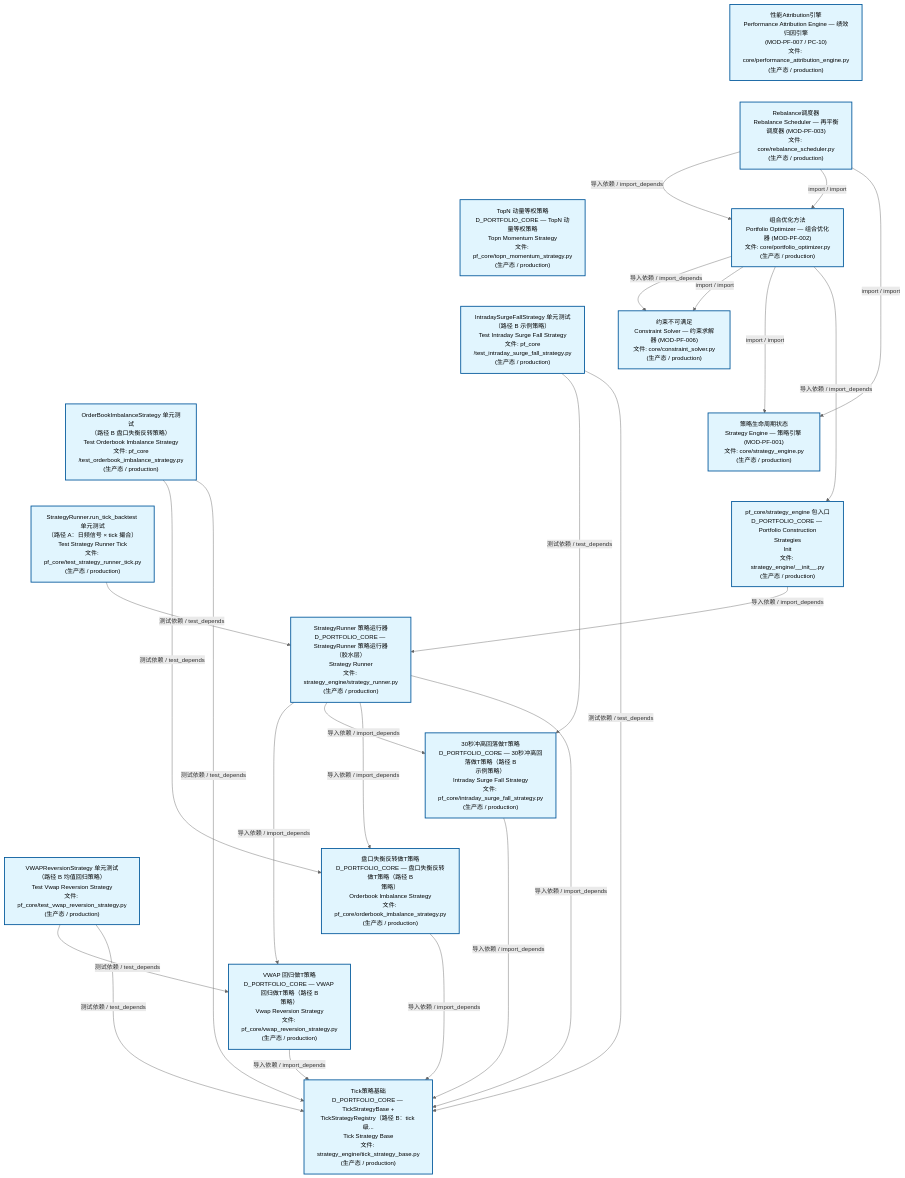
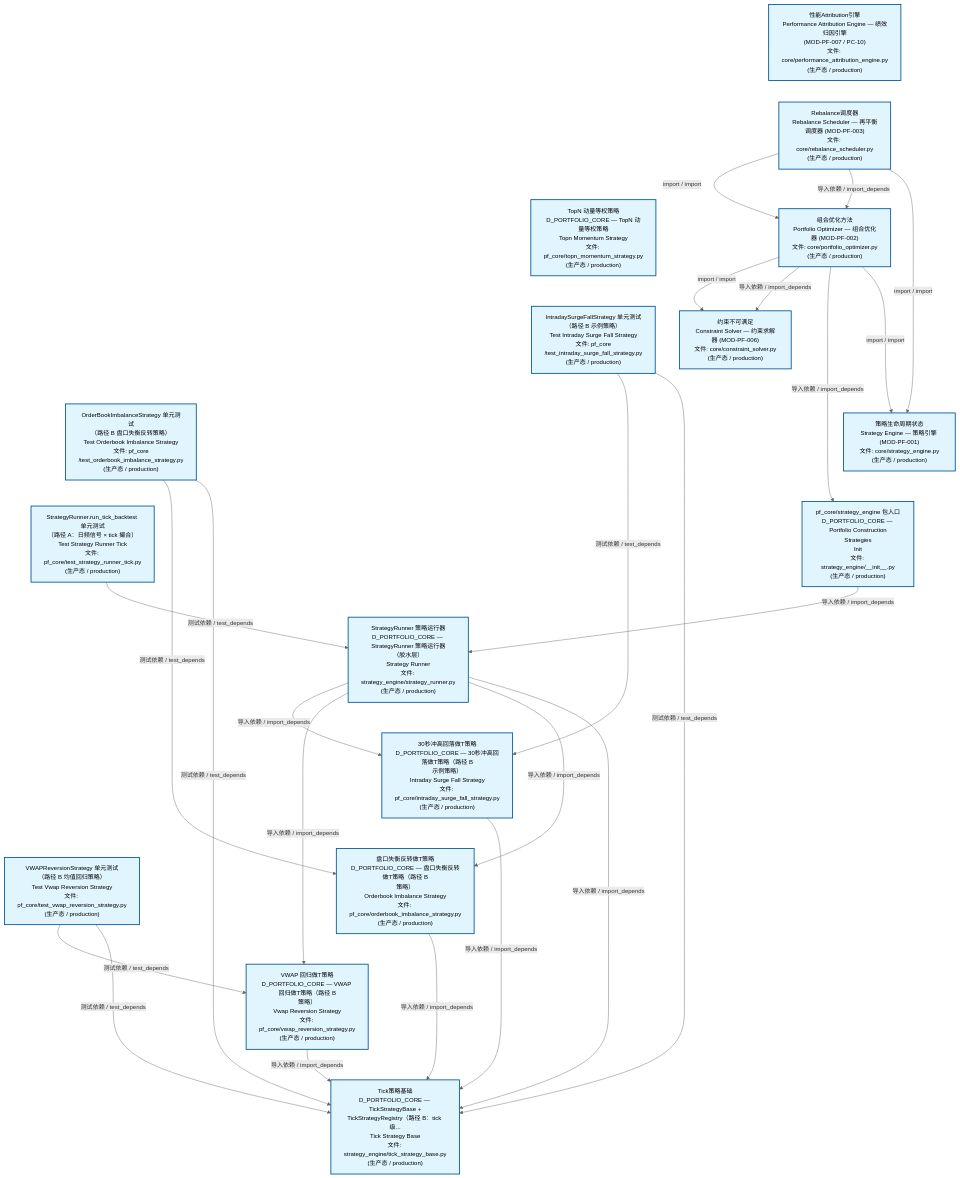
One commit to xuanFelixVan/ZephyrAlpha changed the second of 3 diagrams in docs/02_enterprise_architecture/02_domain_architecture_docs/63_d_pf_core.md. Above: the diagram before and after it, drawn with Mermaid. The commit also changed other lines of this file and 44 other files, not shown here.

````diff
--- a/docs/02_enterprise_architecture/02_domain_architecture_docs/63_d_pf_core.md
+++ b/docs/02_enterprise_architecture/02_domain_architecture_docs/63_d_pf_core.md
@@ -140,57 +140,57 @@
 ```mermaid
 %%{init: {'theme': 'base', 'themeVariables': {'primaryColor': '#eaeaea', 'primaryTextColor': '#333333', 'primaryBorderColor': '#666666', 'lineColor': '#666666', 'secondaryColor': '#eaeaea', 'tertiaryColor': '#eaeaea', 'fontSize': '14px'}}}%%
 flowchart TD
     src_zephyr_pf_core_core_performance_attribution_engine_py["性能Attribution引擎<br/>Performance Attribution Engine — 绩效归因引擎<br/>(MOD-PF-007 / PC-10)<br/>文件: core/performance_attribution_engine.py<br/>(生产态 / production)"]
     src_zephyr_pf_core_core_rebalance_scheduler_py["Rebalance调度器<br/>Rebalance Scheduler — 再平衡调度器 (MOD-PF-003)<br/>文件: core/rebalance_scheduler.py<br/>(生产态 / production)"]
     src_zephyr_pf_core_topn_momentum_strategy_py["TopN 动量等权策略<br/>D_PORTFOLIO_CORE — TopN 动量等权策略<br/>Topn Momentum Strategy<br/>文件: pf_core/topn_momentum_strategy.py<br/>(生产态 / production)"]
     tests_pf_core_test_intraday_surge_fall_strategy_py["IntradaySurgeFallStrategy 单元测试<br/>（路径 B 示例策略）<br/>Test Intraday Surge Fall Strategy<br/>文件: pf_core<br/>/test_intraday_surge_fall_strategy.py<br/>(生产态 / production)"]
     tests_pf_core_test_orderbook_imbalance_strategy_py["OrderBookImbalanceStrategy 单元测试<br/>（路径 B 盘口失衡反转策略）<br/>Test Orderbook Imbalance Strategy<br/>文件: pf_core<br/>/test_orderbook_imbalance_strategy.py<br/>(生产态 / production)"]
     tests_pf_core_test_strategy_runner_tick_py["StrategyRunner.run_tick_backtest 单元测试<br/>（路径 A：日频信号 × tick 撮合）<br/>Test Strategy Runner Tick<br/>文件: pf_core/test_strategy_runner_tick.py<br/>(生产态 / production)"]
     tests_pf_core_test_vwap_reversion_strategy_py["VWAPReversionStrategy 单元测试<br/>（路径 B 均值回归策略）<br/>Test Vwap Reversion Strategy<br/>文件: pf_core/test_vwap_reversion_strategy.py<br/>(生产态 / production)"]
     src_zephyr_pf_core_core_performance_attribution_engine_py ~~~ src_zephyr_pf_core_core_rebalance_scheduler_py
     src_zephyr_pf_core_core_rebalance_scheduler_py ~~~ src_zephyr_pf_core_topn_momentum_strategy_py
     src_zephyr_pf_core_topn_momentum_strategy_py ~~~ tests_pf_core_test_intraday_surge_fall_strategy_py
     tests_pf_core_test_intraday_surge_fall_strategy_py ~~~ tests_pf_core_test_orderbook_imbalance_strategy_py
     tests_pf_core_test_orderbook_imbalance_strategy_py ~~~ tests_pf_core_test_strategy_runner_tick_py
     tests_pf_core_test_strategy_runner_tick_py ~~~ tests_pf_core_test_vwap_reversion_strategy_py
     src_zephyr_pf_core_core_portfolio_optimizer_py["组合优化方法<br/>Portfolio Optimizer — 组合优化器 (MOD-PF-002)<br/>文件: core/portfolio_optimizer.py<br/>(生产态 / production)"]
     src_zephyr_pf_core_core_constraint_solver_py["约束不可满足<br/>Constraint Solver — 约束求解器 (MOD-PF-006)<br/>文件: core/constraint_solver.py<br/>(生产态 / production)"]
     src_zephyr_pf_core_core_strategy_engine_py["策略生命周期状态<br/>Strategy Engine — 策略引擎 (MOD-PF-001)<br/>文件: core/strategy_engine.py<br/>(生产态 / production)"]
     src_zephyr_pf_core_strategy_engine_init_py["pf_core/strategy_engine 包入口<br/>D_PORTFOLIO_CORE — Portfolio Construction<br/>Strategies<br/>Init<br/>文件: strategy_engine/__init__.py<br/>(生产态 / production)"]
     src_zephyr_pf_core_core_constraint_solver_py ~~~ src_zephyr_pf_core_core_strategy_engine_py
     src_zephyr_pf_core_core_strategy_engine_py ~~~ src_zephyr_pf_core_strategy_engine_init_py
     src_zephyr_pf_core_strategy_engine_strategy_runner_py["StrategyRunner 策略运行器<br/>D_PORTFOLIO_CORE — StrategyRunner 策略运行器<br/>（胶水层）<br/>Strategy Runner<br/>文件: strategy_engine/strategy_runner.py<br/>(生产态 / production)"]
     src_zephyr_pf_core_intraday_surge_fall_strategy_py["30秒冲高回落做T策略<br/>D_PORTFOLIO_CORE — 30秒冲高回落做T策略（路径 B<br/>示例策略）<br/>Intraday Surge Fall Strategy<br/>文件: pf_core/intraday_surge_fall_strategy.py<br/>(生产态 / production)"]
     src_zephyr_pf_core_orderbook_imbalance_strategy_py["盘口失衡反转做T策略<br/>D_PORTFOLIO_CORE — 盘口失衡反转做T策略（路径 B<br/>策略）<br/>Orderbook Imbalance Strategy<br/>文件: pf_core/orderbook_imbalance_strategy.py<br/>(生产态 / production)"]
     src_zephyr_pf_core_vwap_reversion_strategy_py["VWAP 回归做T策略<br/>D_PORTFOLIO_CORE — VWAP 回归做T策略（路径 B<br/>策略）<br/>Vwap Reversion Strategy<br/>文件: pf_core/vwap_reversion_strategy.py<br/>(生产态 / production)"]
     src_zephyr_pf_core_intraday_surge_fall_strategy_py ~~~ src_zephyr_pf_core_orderbook_imbalance_strategy_py
     src_zephyr_pf_core_orderbook_imbalance_strategy_py ~~~ src_zephyr_pf_core_vwap_reversion_strategy_py
     src_zephyr_pf_core_strategy_engine_tick_strategy_base_py["Tick策略基础<br/>D_PORTFOLIO_CORE — TickStrategyBase +<br/>TickStrategyRegistry（路径 B：tick 级...<br/>Tick Strategy Base<br/>文件: strategy_engine/tick_strategy_base.py<br/>(生产态 / production)"]
+    src_zephyr_pf_core_intraday_surge_fall_strategy_py -->|导入依赖 / import_depends| src_zephyr_pf_core_strategy_engine_tick_strategy_base_py
     src_zephyr_pf_core_vwap_reversion_strategy_py -->|导入依赖 / import_depends| src_zephyr_pf_core_strategy_engine_tick_strategy_base_py
-    src_zephyr_pf_core_intraday_surge_fall_strategy_py -->|导入依赖 / import_depends| src_zephyr_pf_core_strategy_engine_tick_strategy_base_py
     src_zephyr_pf_core_orderbook_imbalance_strategy_py -->|导入依赖 / import_depends| src_zephyr_pf_core_strategy_engine_tick_strategy_base_py
+    src_zephyr_pf_core_core_portfolio_optimizer_py -->|import / import| src_zephyr_pf_core_core_constraint_solver_py
+    src_zephyr_pf_core_core_portfolio_optimizer_py -->|导入依赖 / import_depends| src_zephyr_pf_core_core_constraint_solver_py
+    src_zephyr_pf_core_core_portfolio_optimizer_py -->|导入依赖 / import_depends| src_zephyr_pf_core_strategy_engine_init_py
+    src_zephyr_pf_core_core_portfolio_optimizer_py -->|import / import| src_zephyr_pf_core_core_strategy_engine_py
+    src_zephyr_pf_core_core_rebalance_scheduler_py -->|import / import| src_zephyr_pf_core_core_portfolio_optimizer_py
     src_zephyr_pf_core_core_rebalance_scheduler_py -->|导入依赖 / import_depends| src_zephyr_pf_core_core_portfolio_optimizer_py
-    src_zephyr_pf_core_core_rebalance_scheduler_py -->|import / import| src_zephyr_pf_core_core_portfolio_optimizer_py
     src_zephyr_pf_core_core_rebalance_scheduler_py -->|import / import| src_zephyr_pf_core_core_strategy_engine_py
-    src_zephyr_pf_core_core_portfolio_optimizer_py -->|导入依赖 / import_depends| src_zephyr_pf_core_core_constraint_solver_py
-    src_zephyr_pf_core_core_portfolio_optimizer_py -->|import / import| src_zephyr_pf_core_core_constraint_solver_py
-    src_zephyr_pf_core_core_portfolio_optimizer_py -->|import / import| src_zephyr_pf_core_core_strategy_engine_py
-    src_zephyr_pf_core_core_portfolio_optimizer_py -->|导入依赖 / import_depends| src_zephyr_pf_core_strategy_engine_init_py
+    src_zephyr_pf_core_strategy_engine_init_py -->|导入依赖 / import_depends| src_zephyr_pf_core_strategy_engine_strategy_runner_py
+    src_zephyr_pf_core_strategy_engine_strategy_runner_py -->|导入依赖 / import_depends| src_zephyr_pf_core_intraday_surge_fall_strategy_py
     src_zephyr_pf_core_strategy_engine_strategy_runner_py -->|导入依赖 / import_depends| src_zephyr_pf_core_vwap_reversion_strategy_py
-    src_zephyr_pf_core_strategy_engine_strategy_runner_py -->|导入依赖 / import_depends| src_zephyr_pf_core_intraday_surge_fall_strategy_py
     src_zephyr_pf_core_strategy_engine_strategy_runner_py -->|导入依赖 / import_depends| src_zephyr_pf_core_orderbook_imbalance_strategy_py
     src_zephyr_pf_core_strategy_engine_strategy_runner_py -->|导入依赖 / import_depends| src_zephyr_pf_core_strategy_engine_tick_strategy_base_py
-    src_zephyr_pf_core_strategy_engine_init_py -->|导入依赖 / import_depends| src_zephyr_pf_core_strategy_engine_strategy_runner_py
+    tests_pf_core_test_intraday_surge_fall_strategy_py -->|测试依赖 / test_depends| src_zephyr_pf_core_intraday_surge_fall_strategy_py
+    tests_pf_core_test_intraday_surge_fall_strategy_py -->|测试依赖 / test_depends| src_zephyr_pf_core_strategy_engine_tick_strategy_base_py
     tests_pf_core_test_orderbook_imbalance_strategy_py -->|测试依赖 / test_depends| src_zephyr_pf_core_orderbook_imbalance_strategy_py
     tests_pf_core_test_orderbook_imbalance_strategy_py -->|测试依赖 / test_depends| src_zephyr_pf_core_strategy_engine_tick_strategy_base_py
-    tests_pf_core_test_intraday_surge_fall_strategy_py -->|测试依赖 / test_depends| src_zephyr_pf_core_intraday_surge_fall_strategy_py
-    tests_pf_core_test_intraday_surge_fall_strategy_py -->|测试依赖 / test_depends| src_zephyr_pf_core_strategy_engine_tick_strategy_base_py
     tests_pf_core_test_vwap_reversion_strategy_py -->|测试依赖 / test_depends| src_zephyr_pf_core_vwap_reversion_strategy_py
     tests_pf_core_test_vwap_reversion_strategy_py -->|测试依赖 / test_depends| src_zephyr_pf_core_strategy_engine_tick_strategy_base_py
     tests_pf_core_test_strategy_runner_tick_py -->|测试依赖 / test_depends| src_zephyr_pf_core_strategy_engine_strategy_runner_py
     classDef production fill:#e1f5fe,stroke:#01579b,stroke-width:2px,color:#000
     classDef design fill:#fff3e0,stroke:#e65100,stroke-width:2px,color:#000,stroke-dasharray: 5 5
     classDef external_prod fill:#e8f4fd,stroke:#0277bd,stroke-width:1px,color:#000
     classDef external_design fill:#fff8e7,stroke:#ef6c00,stroke-width:1px,color:#000,stroke-dasharray: 5 5
     class src_zephyr_pf_core_core_constraint_solver_py,src_zephyr_pf_core_core_performance_attribution_engine_py,src_zephyr_pf_core_core_portfolio_optimizer_py,src_zephyr_pf_core_core_rebalance_scheduler_py,src_zephyr_pf_core_core_strategy_engine_py,src_zephyr_pf_core_intraday_surge_fall_strategy_py,src_zephyr_pf_core_orderbook_imbalance_strategy_py,src_zephyr_pf_core_strategy_engine_init_py,src_zephyr_pf_core_strategy_engine_strategy_runner_py,src_zephyr_pf_core_strategy_engine_tick_strategy_base_py,src_zephyr_pf_core_topn_momentum_strategy_py,src_zephyr_pf_core_vwap_reversion_strategy_py,tests_pf_core_test_intraday_surge_fall_strategy_py,tests_pf_core_test_orderbook_imbalance_strategy_py,tests_pf_core_test_strategy_runner_tick_py,tests_pf_core_test_vwap_reversion_strategy_py production
 ```
````
